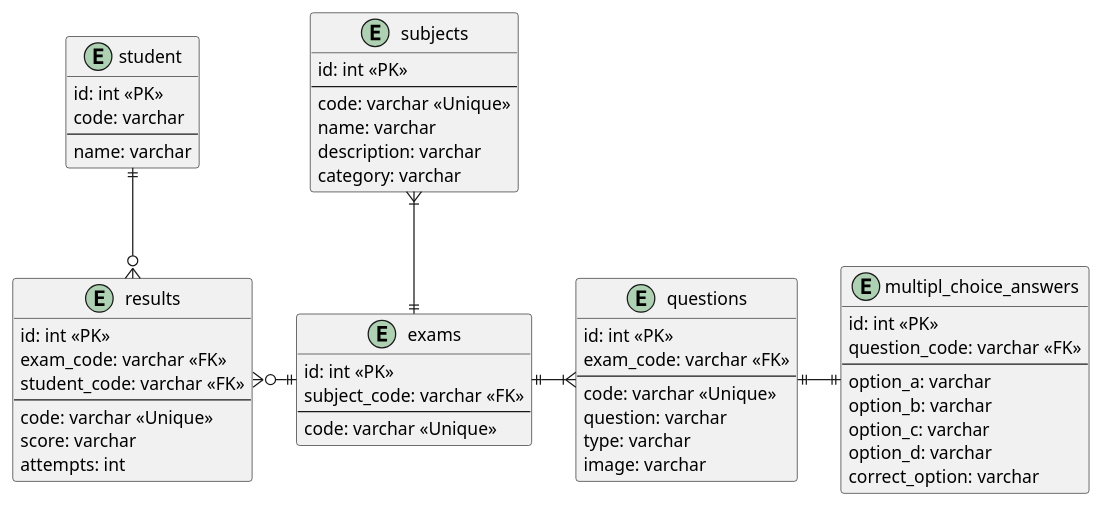
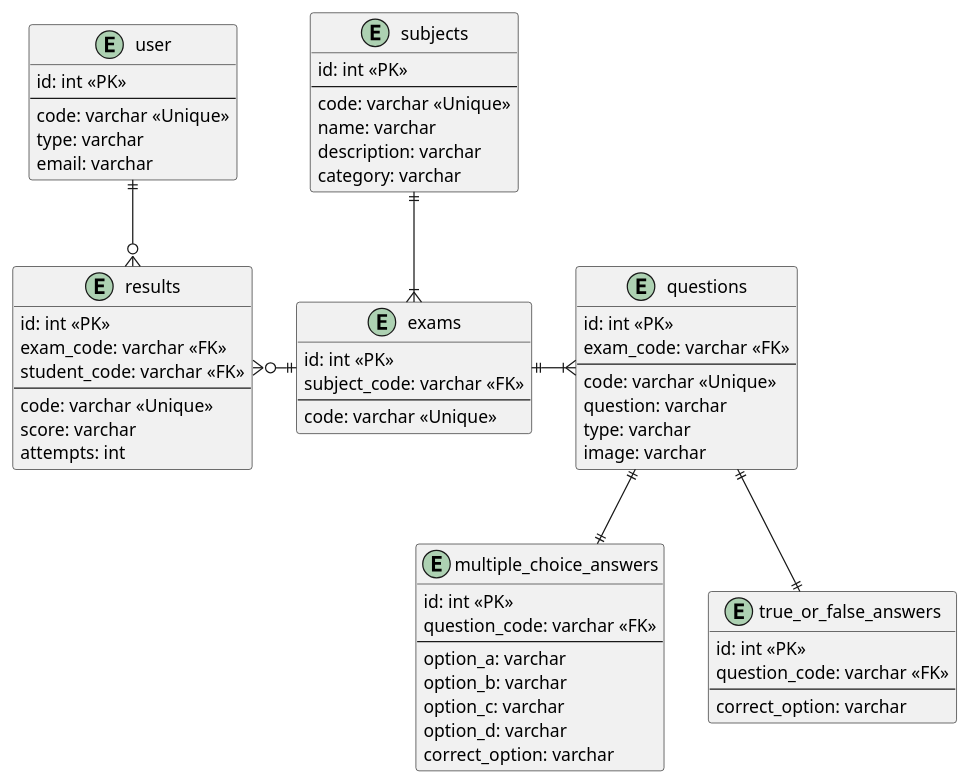
The diagram in docs/erd.md (Tevingatheru/Funzo), drawn with PlantUML before and after one commit. The commit also changed 4 other files, not shown here.

````diff
--- a/docs/erd.md
+++ b/docs/erd.md
@@ -1,67 +1,73 @@
 ```plantuml
 @startuml
 entity subjects {
   id: int <<PK>>
   --
   code: varchar <<Unique>>
   name: varchar 
   description: varchar 
   category: varchar 
 }
 
 entity questions {
   id: int <<PK>>
   exam_code: varchar <<FK>>
   --
   code: varchar <<Unique>>
   question: varchar
   type: varchar
   image: varchar
 }
 
-entity "multipl_choice_answers" as answers{
+entity "multiple_choice_answers" as m_answers {
   id: int <<PK>>
   question_code: varchar <<FK>>
   --
   option_a: varchar
   option_b: varchar
   option_c: varchar
   option_d: varchar
   correct_option: varchar
 } 
 
+entity "true_or_false_answers" as b_answers {
+  id: int <<PK>>
+  question_code: varchar <<FK>>
+  --
+  correct_option: varchar
+}
 
 entity exams {
   id: int <<PK>>
   subject_code: varchar <<FK>>
   --
   code: varchar <<Unique>>
 }
-
 
 entity results {
   id: int <<PK>>
   exam_code: varchar <<FK>>
   student_code: varchar <<FK>>
   --
   code: varchar <<Unique>>
   score: varchar
   attempts: int
 }
 
-entity student {
-  id: int <<PK>>
-  code: varchar
-  --
-  name: varchar
+entity user {
+    id: int <<PK>>
+    --
+    code: varchar <<Unique>>
+    type: varchar
+    email: varchar
 }
 
- 
-exams ||-up-|{ subjects
+exams }|-up-|| subjects
 exams ||-right-|{ questions
-questions ||-|| answers
-results }o-up-|| student
+questions ||--|| m_answers
+questions ||--|| b_answers
+results }o-up-|| user
 results }o-|| exams
 
 @enduml
 ```
````
